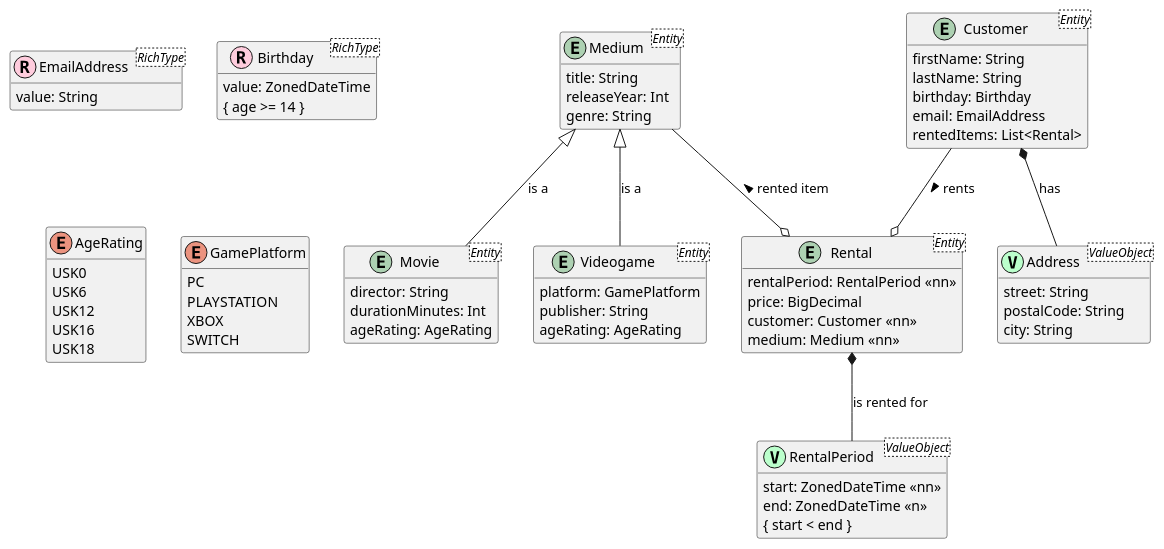
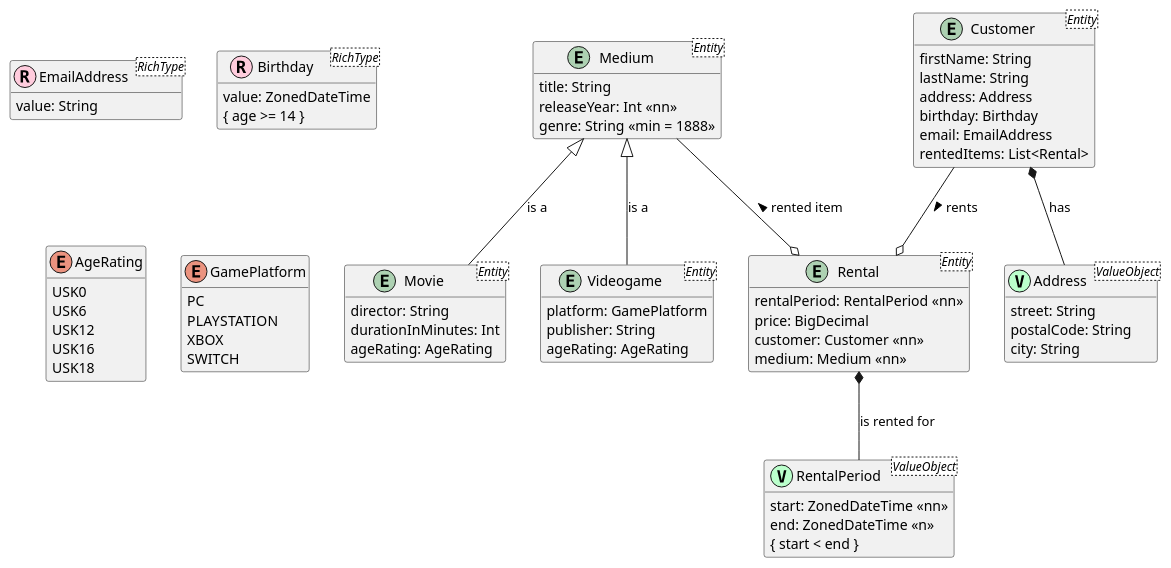
The diagram in src/puml/MovieRentalStore.puml (mfreimueller/SJ2526_4EHIF_December_Probetest), drawn with PlantUML before and after one commit. The commit also changed 1 other file, not shown here.

Commit message:
update UML
- add constraints to Medium
- rename 'durationMinutes' to 'durationInMinutes'
- add address to Customer

```diff
--- a/src/puml/MovieRentalStore.puml
+++ b/src/puml/MovieRentalStore.puml
@@ -1,103 +1,104 @@
 @startuml
 
 hide empty methods
 hide empty attributes
 
 entity Medium <Entity> {
     title: String
-    releaseYear: Int
-    genre: String
+    releaseYear: Int <<nn>>
+    genre: String <<min = 1888>>
 }
 
 entity Movie <Entity> {
     director: String
-    durationMinutes: Int
+    durationInMinutes: Int
     ageRating: AgeRating
 }
 
 entity Videogame <Entity> {
     platform: GamePlatform
     publisher: String
     ageRating: AgeRating
 }
 
 entity Rental <Entity> {
     rentalPeriod: RentalPeriod <<nn>>
     price: BigDecimal
     customer: Customer <<nn>>
     medium: Medium <<nn>>
 }
 
 entity Customer <Entity> {
     firstName: String
     lastName: String
+    address: Address
     birthday: Birthday
     email: EmailAddress
     rentedItems: List<Rental>
 }
 
 ' ===============================================
 ' Value Objects
 ' ===============================================
 
 entity Address <ValueObject> <<(V, bbFFcc)>> {
     street: String
     postalCode: String
     city: String
 }
 
 entity RentalPeriod <ValueObject> <<(V, bbFFcc)>> {
     start: ZonedDateTime <<nn>>
     end: ZonedDateTime <<n>>
 }
 
 RentalPeriod : { start < end }
 
 ' ===============================================
 ' Rich Types
 ' ===============================================
 
 entity EmailAddress <RichType> <<(R, ffccdd)>> {
     value: String
 }
 
 entity Birthday <RichType> <<(R, ffccdd)>> {
     value: ZonedDateTime
 }
 
 Birthday : { age >= 14 }
 
 ' ===============================================
 ' Enumerations
 ' ===============================================
 
 enum AgeRating {
     USK0
     USK6
     USK12
     USK16
     USK18
 }
 
 enum GamePlatform {
     PC
     PLAYSTATION
     XBOX
     SWITCH
 }
 
 ' ===============================================
 ' Relations
 ' ===============================================
 
 Medium <|-- Movie : is a
 Medium <|-- Videogame : is a
 
 Customer *-- Address : has
 
 Rental *-- RentalPeriod : is rented for
 
 Customer --o Rental : rents >
 Medium   --o Rental : < rented item
 
 @enduml
```
